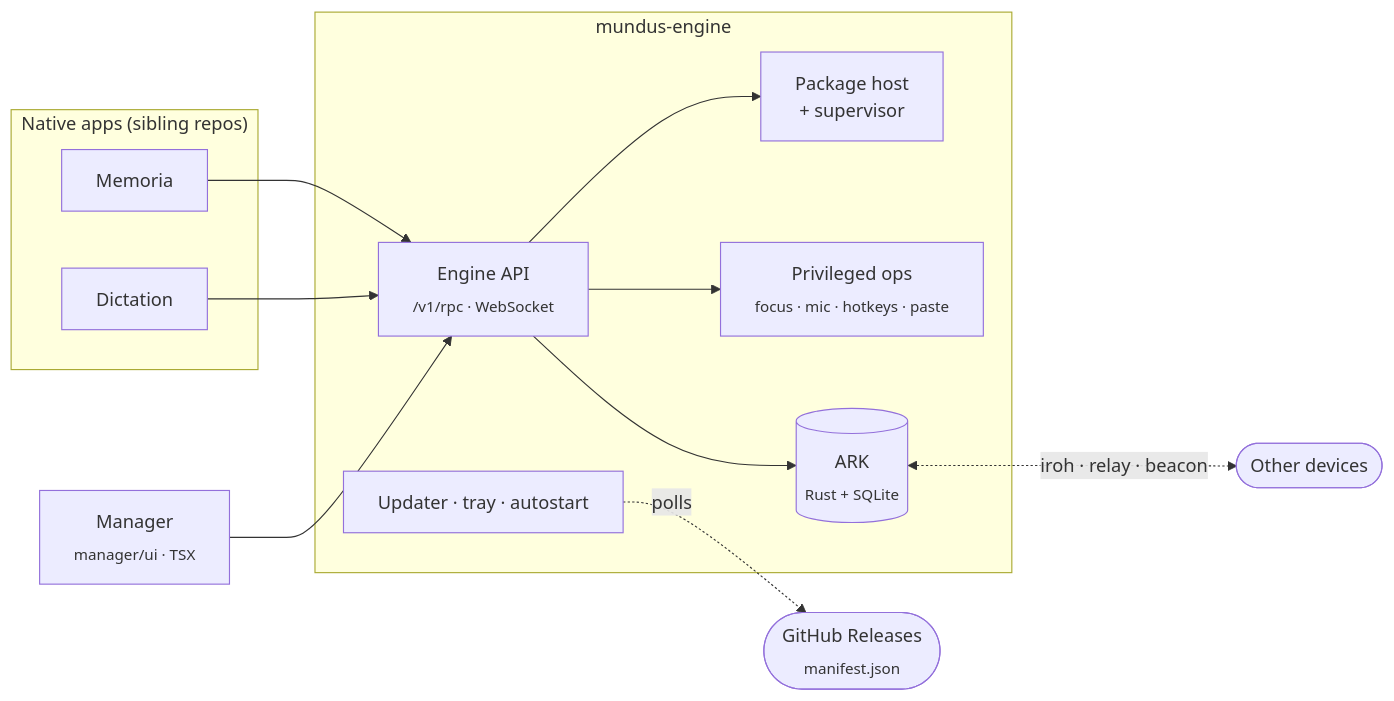
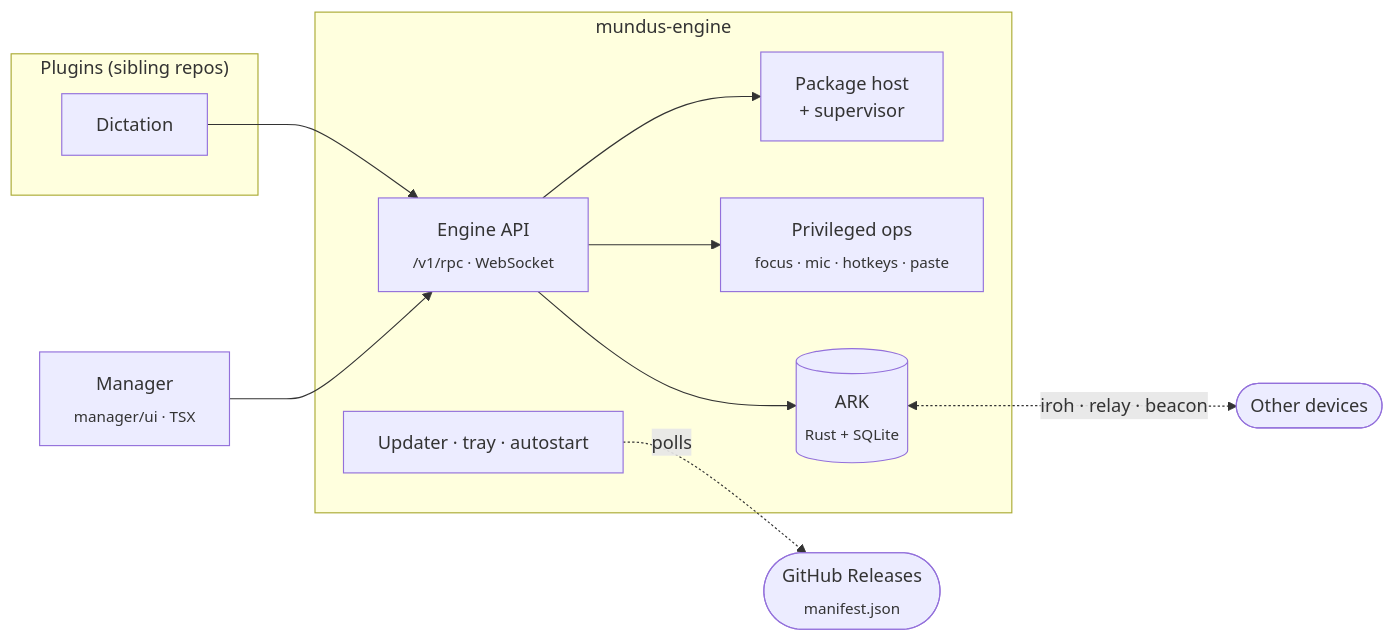
The first of 2 diagrams in README.md (makekosmos/cortex), drawn with Mermaid before and after one commit. The commit also changed other lines of this file and 14 other files, not shown here.

First line of the commit message:
refactor(native-apps): Memoria is gone - the Engine hardcodes no app ids

````diff
--- a/README.md
+++ b/README.md
@@ -95,26 +94,25 @@
 ```mermaid
 flowchart LR
-    subgraph apps["Native apps (sibling repos)"]
-        memoria["Memoria"]
+    subgraph apps["Plugins (sibling repos)"]
         dictation["Dictation"]
     end
 
     manager["Manager<br/><sub>manager/ui · TSX</sub>"]
 
     subgraph engine["mundus-engine"]
         api["Engine API<br/><sub>/v1/rpc · WebSocket</sub>"]
         host["Package host<br/>+ supervisor"]
         priv["Privileged ops<br/><sub>focus · mic · hotkeys · paste</sub>"]
         updater["Updater · tray · autostart"]
         ark[("ARK<br/><sub>Rust + SQLite</sub>")]
     end
 
     peers(["Other devices"])
     feed(["GitHub Releases<br/><sub>manifest.json</sub>"])
 
-    memoria & dictation --> api
+    dictation --> api
     manager --> api
     api --> host & priv & ark
     ark <-. "iroh · relay · beacon" .-> peers
     updater -. polls .-> feed
 ```
````
